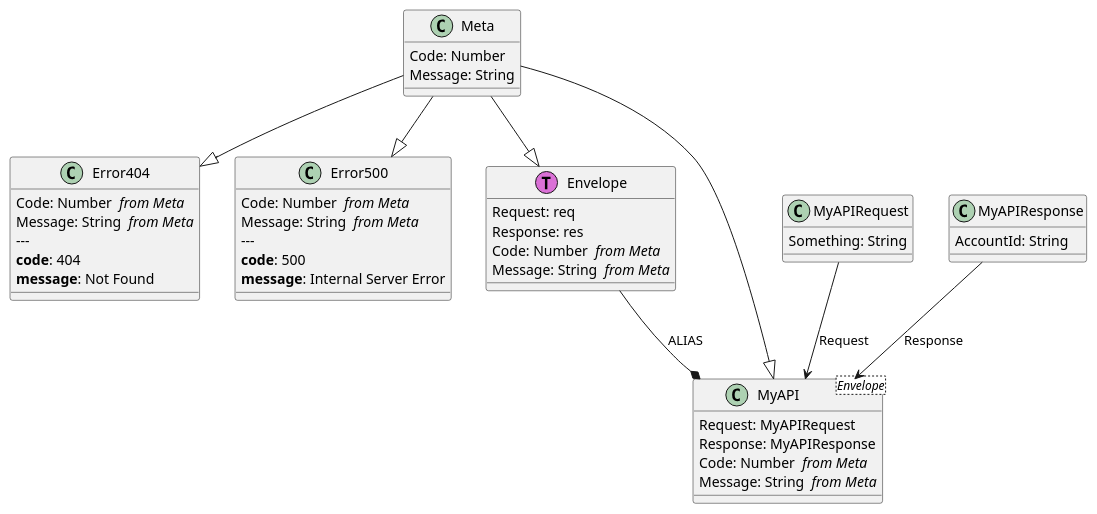
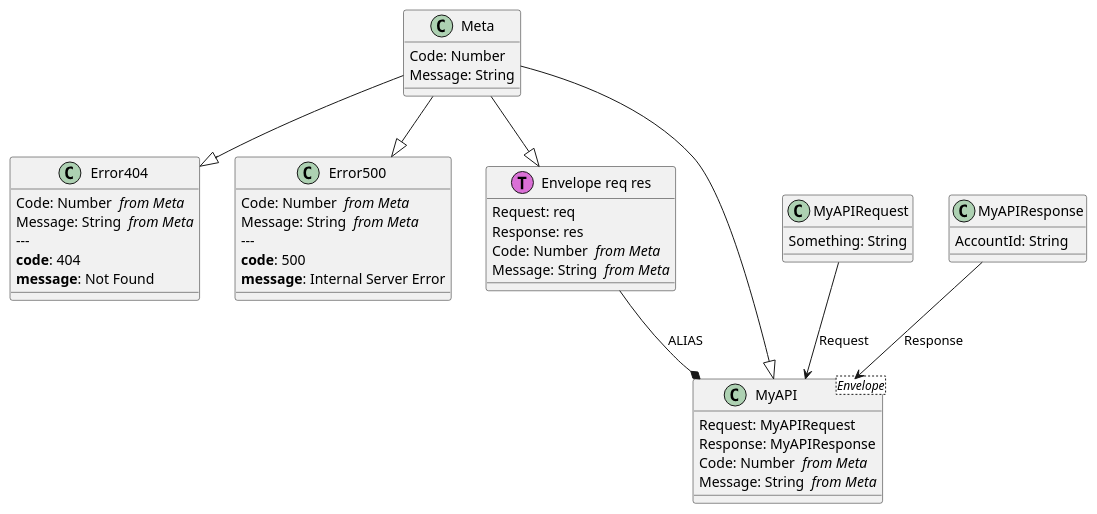
Before and after one commit to Baudin999/car-lang: the diagram in Examples/.out/APIs.API/APIs.API.puml, drawn with PlantUML. The commit also changed 17 other files, not shown here.

Commit message:
Working on the ERD, we need to ignore the imported entities and we need to show the templated properties

```diff
--- a/Examples/.out/APIs.API/APIs.API.puml
+++ b/Examples/.out/APIs.API/APIs.API.puml
@@ -1,45 +1,45 @@
-class Meta {
+class "Meta" as Meta  {
 	Code: Number 
 	Message: String 
 }
-class Error404 {
+class "Error404 " as Error404  {
 	Code: Number  <i>from Meta</i>
 	Message: String  <i>from Meta</i>
   ---
   <b>code</b>: 404
 <b>message</b>: Not Found
     
 }
 Meta --|> Error404
-class Error500 {
+class "Error500 " as Error500  {
 	Code: Number  <i>from Meta</i>
 	Message: String  <i>from Meta</i>
   ---
   <b>code</b>: 500
 <b>message</b>: Internal Server Error
     
 }
 Meta --|> Error500
-class Envelope<< (T,orchid) >> {
+class "Envelope req res" as Envelope << (T,orchid) >> {
 	Request: req 
 	Response: res 
 	Code: Number  <i>from Meta</i>
 	Message: String  <i>from Meta</i>
 }
 Meta --|> Envelope
-class MyAPIRequest {
+class "MyAPIRequest" as MyAPIRequest  {
 	Something: String 
 }
-class MyAPIResponse {
+class "MyAPIResponse" as MyAPIResponse  {
 	AccountId: String 
 }
-class MyAPI<Envelope> {
+class "MyAPI " as MyAPI <Envelope> {
 	Request: MyAPIRequest 
 	Response: MyAPIResponse 
 	Code: Number  <i>from Meta</i>
 	Message: String  <i>from Meta</i>
 }
 MyAPIRequest --> MyAPI : Request
 MyAPIResponse --> MyAPI : Response
 Meta --|> MyAPI
 Envelope --* MyAPI: ALIAS
```
